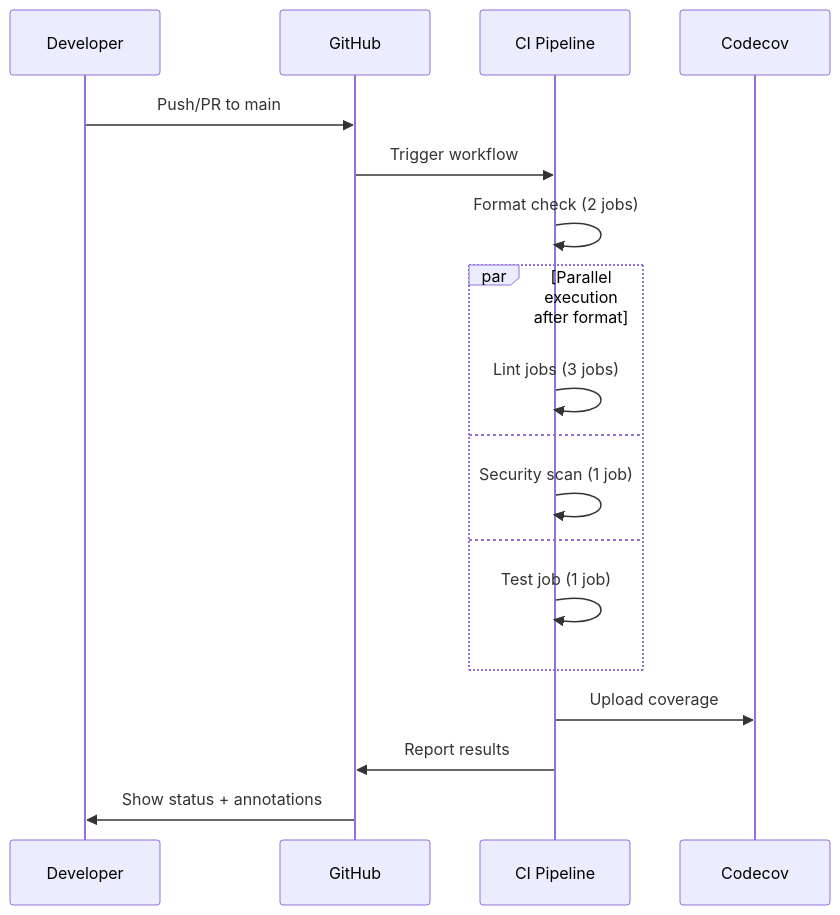
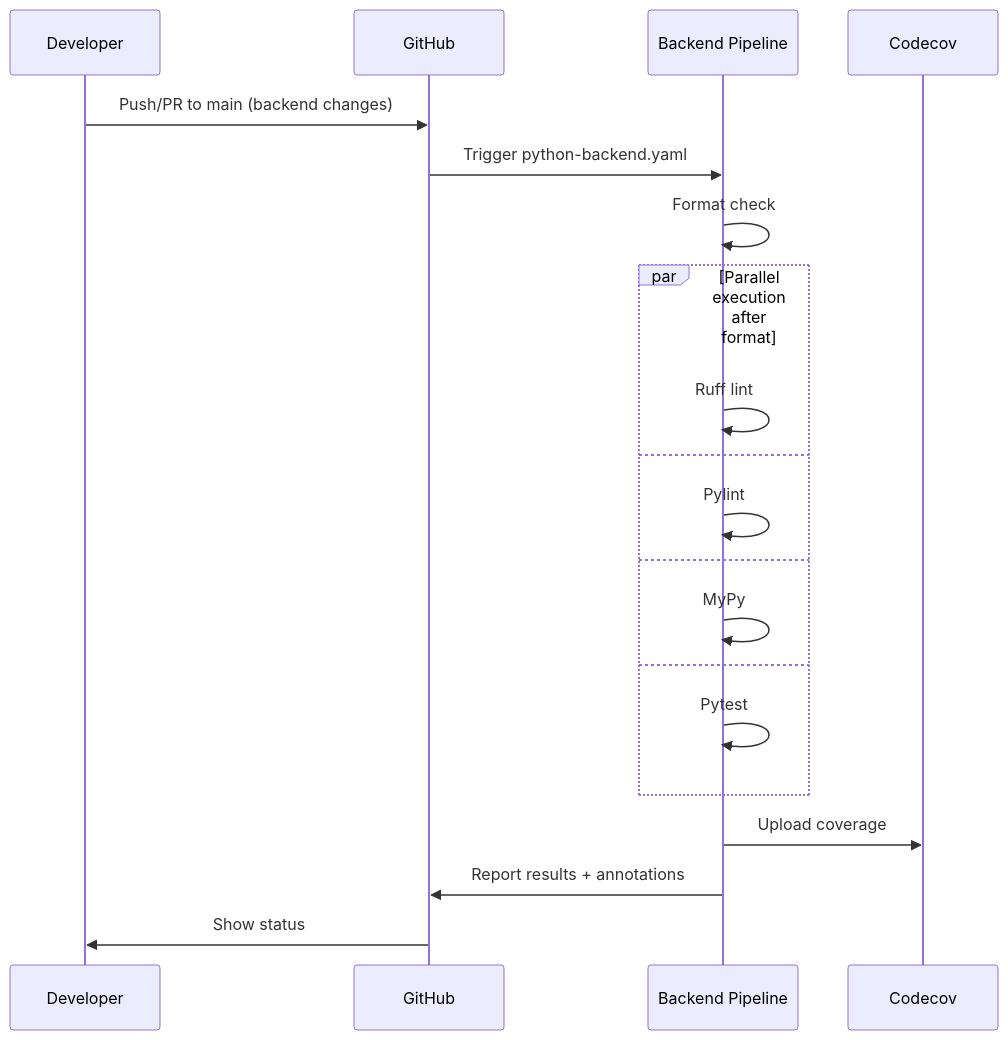
The second of 4 diagrams in docs/ci-cd.md (OpenRailAssociation/dac-migration-dss-popupsim), drawn with Mermaid before and after one commit. The commit also changed other lines of this file and 1 other file, not shown here.

Commit message:
docs(pages): 📝 update diagrams arch and ci

````diff
--- a/docs/ci-cd.md
+++ b/docs/ci-cd.md
@@ -104,24 +193,26 @@
 ```mermaid
 sequenceDiagram
     participant Dev as Developer
     participant GH as GitHub
-    participant CI as CI Pipeline
+    participant CI as Backend Pipeline
     participant CC as Codecov
 
-    Dev->>GH: Push/PR to main
-    GH->>CI: Trigger workflow
+    Dev->>GH: Push/PR to main (backend changes)
+    GH->>CI: Trigger python-backend.yaml
 
-    CI->>CI: Format check (2 jobs)
+    CI->>CI: Format check
 
     par Parallel execution after format
-        CI->>CI: Lint jobs (3 jobs)
+        CI->>CI: Ruff lint
     and
-        CI->>CI: Security scan (1 job)
+        CI->>CI: Pylint
     and
-        CI->>CI: Test job (1 job)
+        CI->>CI: MyPy
+    and
+        CI->>CI: Pytest
     end
 
     CI->>CC: Upload coverage
-    CI->>GH: Report results
-    GH->>Dev: Show status + annotations
+    CI->>GH: Report results + annotations
+    GH->>Dev: Show status
 ```
````
